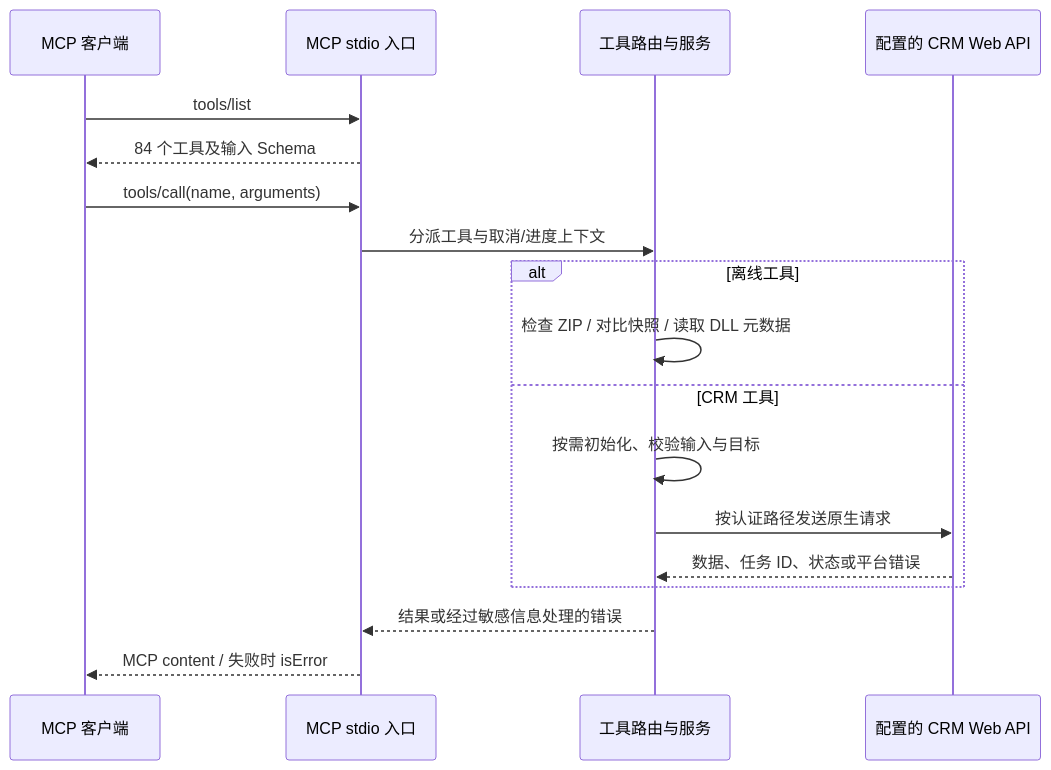
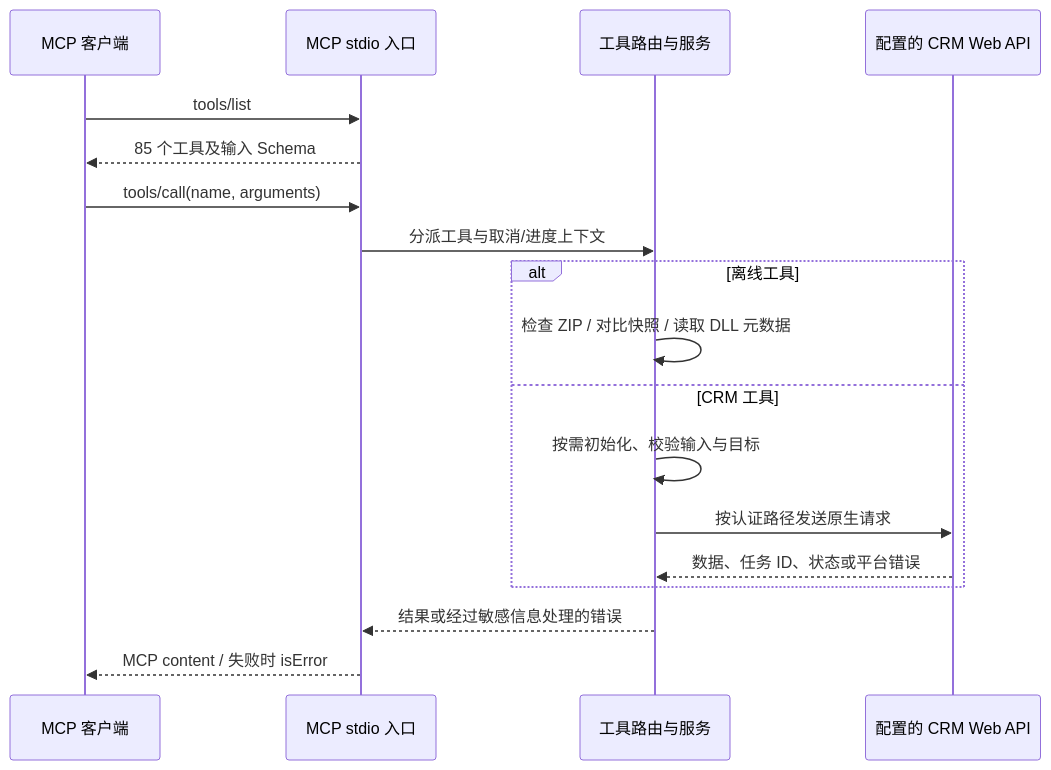
The second of 5 diagrams in README.zh-CN.md (Kenny-666/Dynamics365-mcp-server), drawn with Mermaid before and after one commit. The commit also changed other lines of this file and 23 other files, not shown here.

````diff
--- a/README.zh-CN.md
+++ b/README.zh-CN.md
@@ -101,20 +102,20 @@
 ```mermaid
 sequenceDiagram
     participant C as MCP 客户端
     participant M as MCP stdio 入口
     participant R as 工具路由与服务
     participant A as 配置的 CRM Web API
     C->>M: tools/list
-    M-->>C: 84 个工具及输入 Schema
+    M-->>C: 85 个工具及输入 Schema
     C->>M: tools/call(name, arguments)
     M->>R: 分派工具与取消/进度上下文
     alt 离线工具
         R->>R: 检查 ZIP / 对比快照 / 读取 DLL 元数据
     else CRM 工具
         R->>R: 按需初始化、校验输入与目标
         R->>A: 按认证路径发送原生请求
         A-->>R: 数据、任务 ID、状态或平台错误
     end
     R-->>M: 结果或经过敏感信息处理的错误
     M-->>C: MCP content / 失败时 isError
 ```
````
